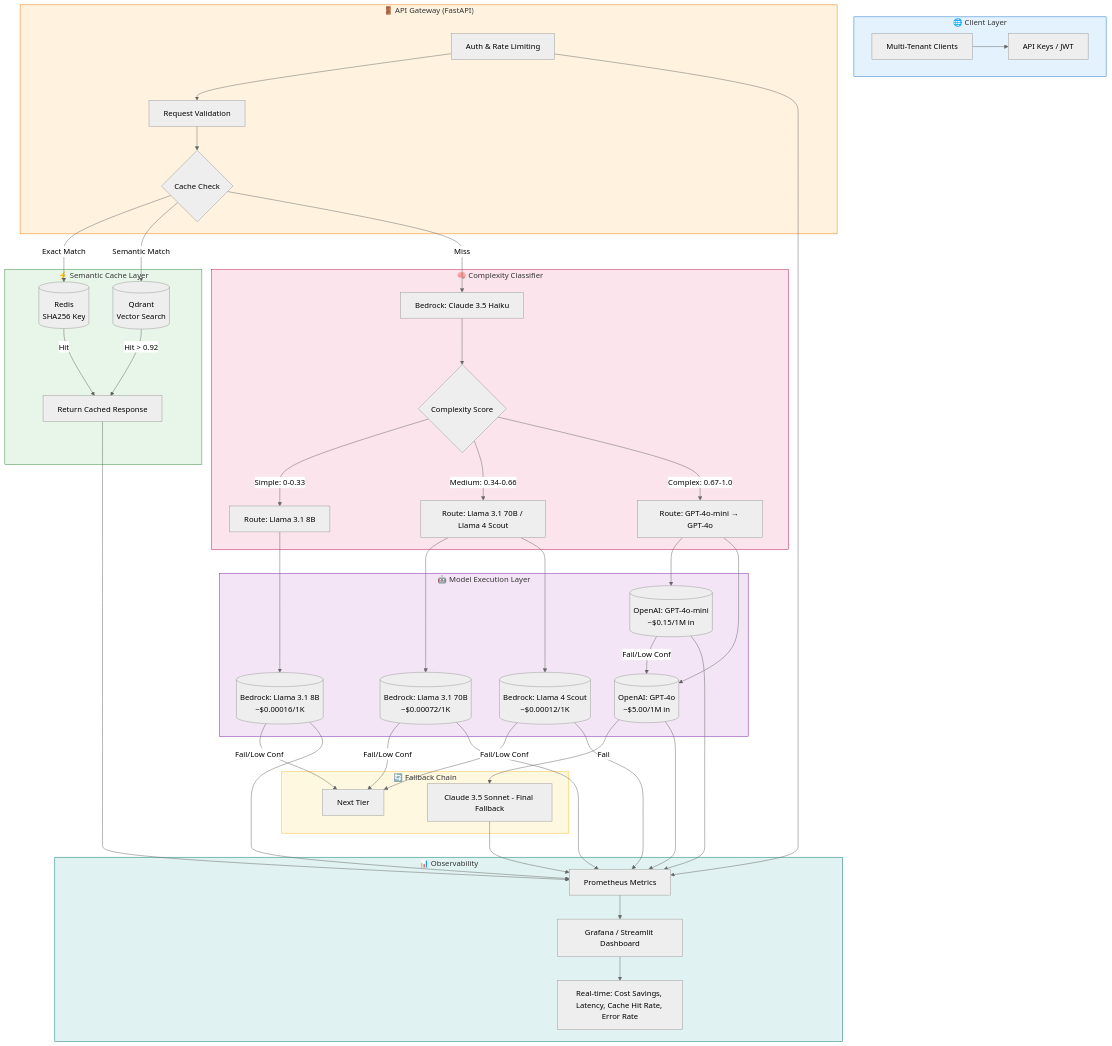
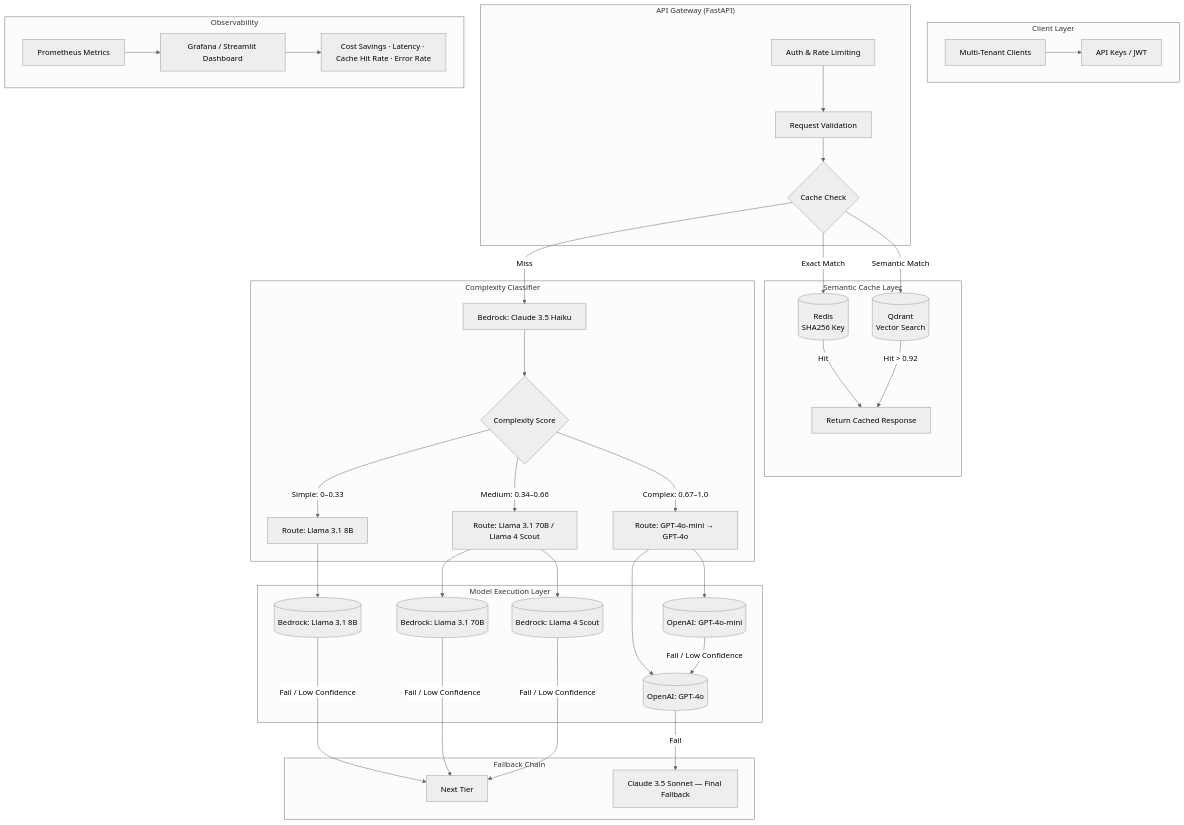
One commit to leopardcodeai/aws-multi-llm-gateway-cost-analysis changed the diagram in README.md. Above: the diagram before and after it, drawn with Mermaid (neutral theme). The commit also changed other lines of this file, not shown here.

````diff
--- a/README.md
+++ b/README.md
@@ -53,63 +39,47 @@
 ```mermaid
 flowchart TB
-    subgraph Client["🌐 Client Layer"]
+    subgraph Client["Client Layer"]
         A[Multi-Tenant Clients] --> B[API Keys / JWT]
     end
 
-    subgraph Gateway["🚪 API Gateway (FastAPI)"]
+    subgraph Gateway["API Gateway (FastAPI)"]
         C[Auth & Rate Limiting] --> D[Request Validation]
         D --> E{Cache Check}
     end
 
-    subgraph Cache["⚡ Semantic Cache Layer"]
+    subgraph Cache["Semantic Cache Layer"]
         E -->|Exact Match| F[(Redis\nSHA256 Key)]
         E -->|Semantic Match| G[(Qdrant\nVector Search)]
         F -->|Hit| H[Return Cached Response]
         G -->|Hit > 0.92| H
     end
 
-    subgraph Classifier["🧠 Complexity Classifier"]
+    subgraph Classifier["Complexity Classifier"]
         E -->|Miss| I[Bedrock: Claude 3.5 Haiku]
         I --> J{Complexity Score}
-        J -->|Simple: 0-0.33| K[Route: Llama 3.1 8B]
-        J -->|Medium: 0.34-0.66| L[Route: Llama 3.1 70B / Llama 4 Scout]
-        J -->|Complex: 0.67-1.0| M[Route: GPT-4o-mini → GPT-4o]
+        J -->|Simple: 0–0.33| K[Route: Llama 3.1 8B]
+        J -->|Medium: 0.34–0.66| L[Route: Llama 3.1 70B / Llama 4 Scout]
+        J -->|Complex: 0.67–1.0| M[Route: GPT-4o-mini → GPT-4o]
     end
 
-    subgraph Models["🤖 Model Execution Layer"]
-        K --> N[(Bedrock: Llama 3.1 8B\n~$0.00016/1K)]
-        L --> O[(Bedrock: Llama 3.1 70B\n~$0.00072/1K)]
-        L --> P[(Bedrock: Llama 4 Scout\n~$0.00012/1K)]
-        M --> Q[(OpenAI: GPT-4o-mini\n~$0.15/1M in)]
-        M --> R[(OpenAI: GPT-4o\n~$5.00/1M in)]
+    subgraph Models["Model Execution Layer"]
+        K --> N[(Bedrock: Llama 3.1 8B)]
+        L --> O[(Bedrock: Llama 3.1 70B)]
+        L --> P[(Bedrock: Llama 4 Scout)]
+        M --> Q[(OpenAI: GPT-4o-mini)]
+        M --> R[(OpenAI: GPT-4o)]
     end
 
-    subgraph Fallback["🔄 Fallback Chain"]
-        N -->|Fail/Low Conf| S[Next Tier]
-        O -->|Fail/Low Conf| S
-        P -->|Fail/Low Conf| S
-        Q -->|Fail/Low Conf| R
-        R -->|Fail| T[Claude 3.5 Sonnet - Final Fallback]
+    subgraph Fallback["Fallback Chain"]
+        N -->|Fail / Low Confidence| S[Next Tier]
+        O -->|Fail / Low Confidence| S
+        P -->|Fail / Low Confidence| S
+        Q -->|Fail / Low Confidence| R
+        R -->|Fail| T[Claude 3.5 Sonnet — Final Fallback]
     end
 
-    subgraph Observability["📊 Observability"]
-        C --> U[Prometheus Metrics]
-        H --> U
-        N --> U
-        O --> U
-        P --> U
-        Q --> U
-        R --> U
-        T --> U
-        U --> V[Grafana / Streamlit Dashboard]
-        V --> W[Real-time: Cost Savings, Latency, Cache Hit Rate, Error Rate]
+    subgraph Observability["Observability"]
+        U[Prometheus Metrics] --> V[Grafana / Streamlit Dashboard]
+        V --> W[Cost Savings · Latency · Cache Hit Rate · Error Rate]
     end
-
-    style Client fill:#e3f2fd,stroke:#1976d2
-    style Gateway fill:#fff3e0,stroke:#f57c00
-    style Cache fill:#e8f5e9,stroke:#388e3c
-    style Classifier fill:#fce4ec,stroke:#c2185b
-    style Models fill:#f3e5f5,stroke:#7b1fa2
-    style Fallback fill:#fff8e1,stroke:#fbc02d
-    style Observability fill:#e0f2f1,stroke:#00796b
 ```
````
